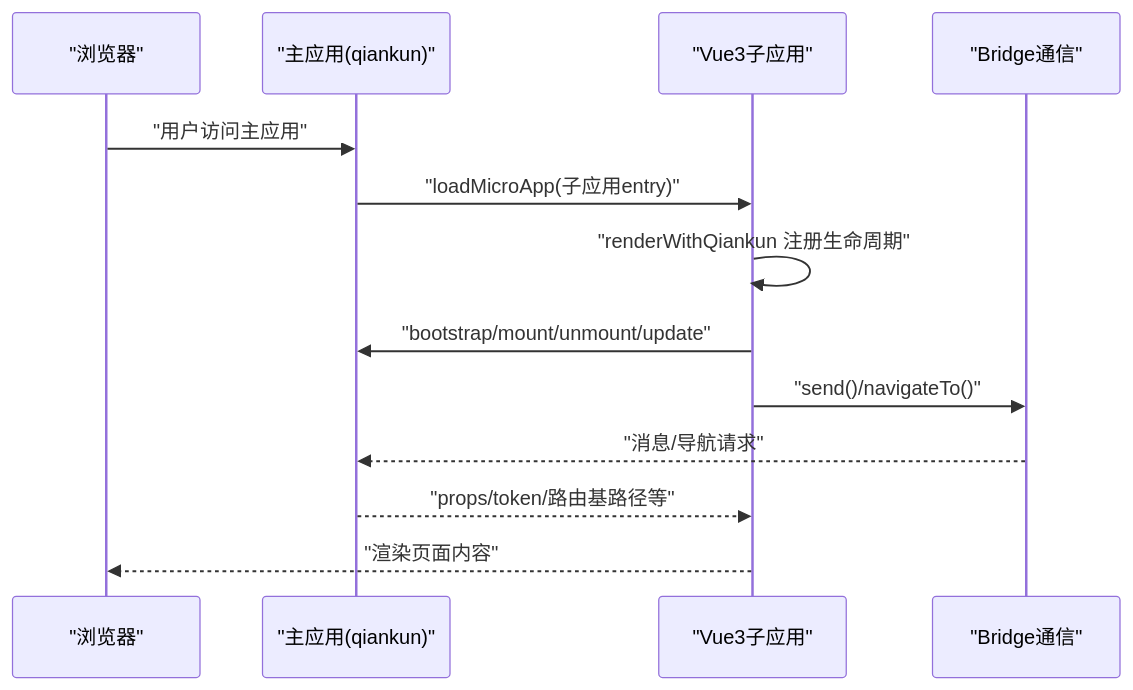
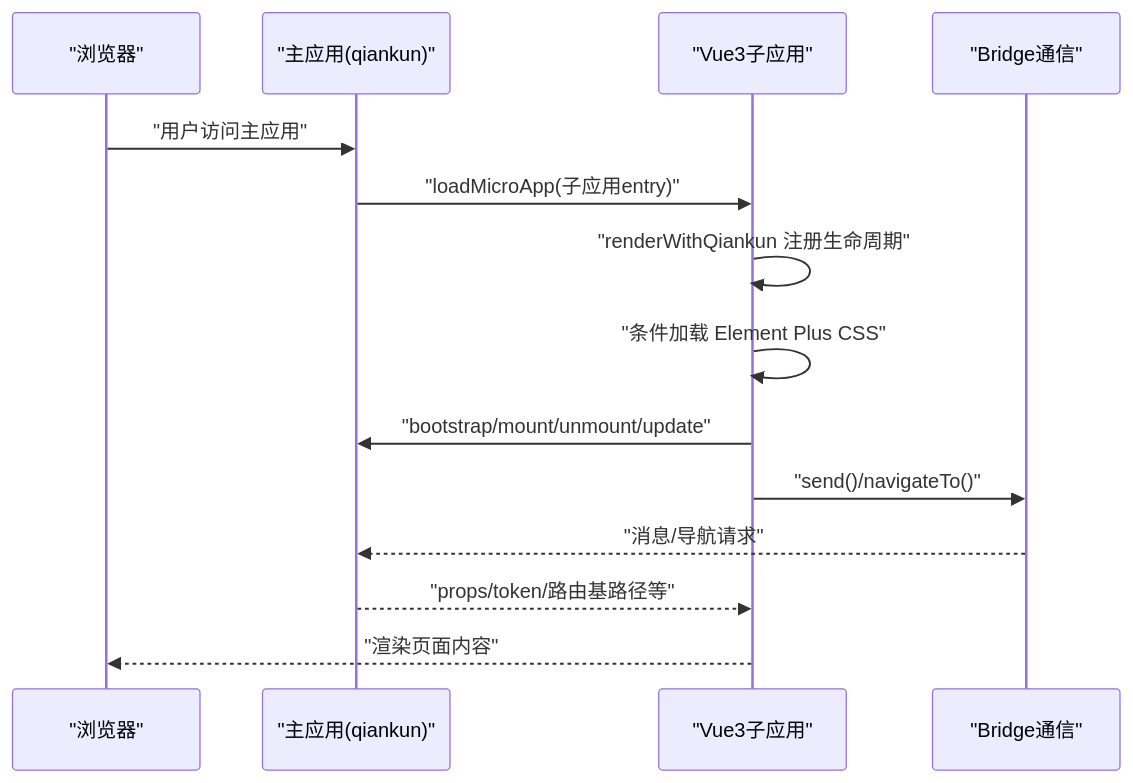
One commit to my-Sitara/artisan-base-frontend changed the second of 10 diagrams in .qoder/repowiki/zh/content/应用开发/Vue3子应用开发.md. Above: the diagram before and after it, drawn with Mermaid. The commit also changed other lines of this file and 35 other files, not shown here.

````diff
--- a/.qoder/repowiki/zh/content/应用开发/Vue3子应用开发.md
+++ b/.qoder/repowiki/zh/content/应用开发/Vue3子应用开发.md
@@ -89,15 +131,16 @@
 ```mermaid
 sequenceDiagram
 participant Browser as "浏览器"
 participant Main as "主应用(qiankun)"
 participant Sub as "Vue3子应用"
 participant Bridge as "Bridge通信"
 Browser->>Main : "用户访问主应用"
 Main->>Sub : "loadMicroApp(子应用entry)"
 Sub->>Sub : "renderWithQiankun 注册生命周期"
+Sub->>Sub : "条件加载 Element Plus CSS"
 Sub->>Main : "bootstrap/mount/unmount/update"
 Sub->>Bridge : "send()/navigateTo()"
 Bridge-->>Main : "消息/导航请求"
 Main-->>Sub : "props/token/路由基路径等"
 Sub-->>Browser : "渲染页面内容"
 ```
````
